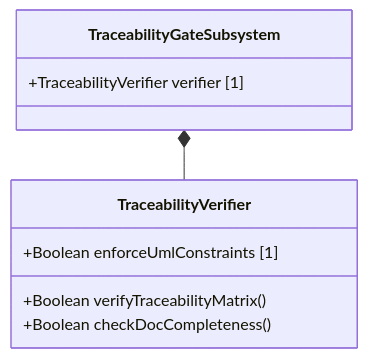
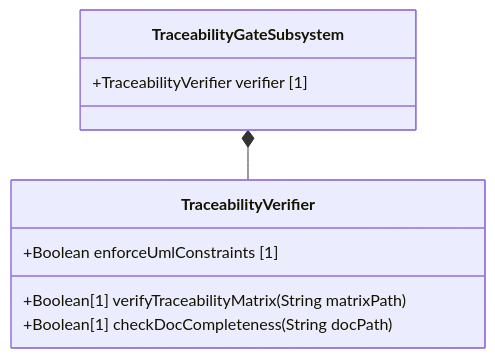
Before and after one commit to gintatkinson/digital-pipeline-repo: the diagram in docs/features/feat-28-traceability-gate.md, drawn with Mermaid. The commit also changed 17 other files, not shown here.

````diff
--- a/docs/features/feat-28-traceability-gate.md
+++ b/docs/features/feat-28-traceability-gate.md
@@ -12,12 +12,12 @@
 ```mermaid
 classDiagram
     class TraceabilityGateSubsystem {
         +TraceabilityVerifier verifier [1]
     }
     class TraceabilityVerifier {
         +Boolean enforceUmlConstraints [1]
-        +Boolean verifyTraceabilityMatrix()
-        +Boolean checkDocCompleteness()
+        +Boolean[1] verifyTraceabilityMatrix(String matrixPath)
+        +Boolean[1] checkDocCompleteness(String docPath)
     }
     TraceabilityGateSubsystem *-- TraceabilityVerifier
 ```
````
